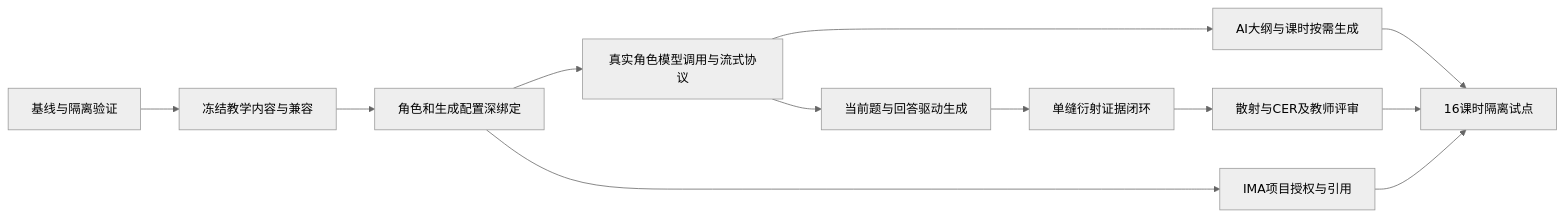
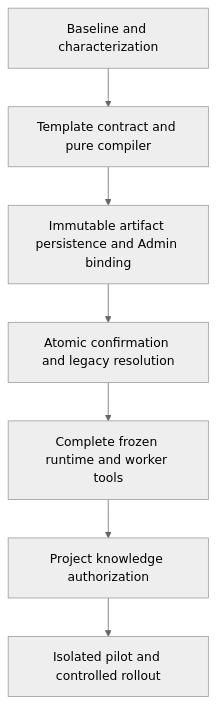
Before and after one commit to Jack-Liu0227/qitu-zhixue: the diagram in docs/plan/codex/implementation-plan.md, drawn with Mermaid (neutral theme). The commit also changed other lines of this file and 81 other files, not shown here.

````diff
--- a/docs/plan/codex/implementation-plan.md
+++ b/docs/plan/codex/implementation-plan.md
@@ -24,14 +10,9 @@
 ```mermaid
-flowchart LR
-  B0[基线与隔离验证] --> C1[冻结教学内容与兼容]
-  C1 --> B2[角色和生成配置深绑定]
-  B2 --> G3A[真实角色模型调用与流式协议]
-  G3A --> Q4[当前题与回答驱动生成]
-  G3A --> G3B[AI大纲与课时按需生成]
-  B2 --> K3[IMA项目授权与引用]
-  Q4 --> E5[单缝衍射证据闭环]
-  E5 --> S6[散射与CER及教师评审]
-  G3B --> R7[16课时隔离试点]
-  S6 --> R7
-  K3 --> R7
+flowchart TD
+  M0[Baseline and characterization] --> M1[Template contract and pure compiler]
+  M1 --> M2[Immutable artifact persistence and Admin binding]
+  M2 --> M3[Atomic confirmation and legacy resolution]
+  M3 --> M4[Complete frozen runtime and worker tools]
+  M4 --> M5[Project knowledge authorization]
+  M5 --> M6[Isolated pilot and controlled rollout]
 ```
````
